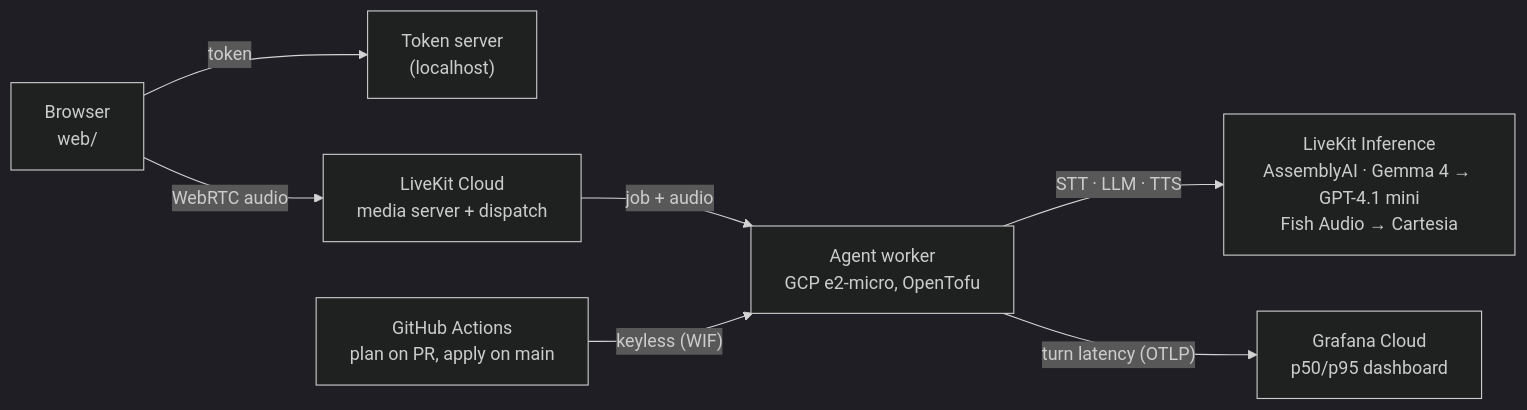
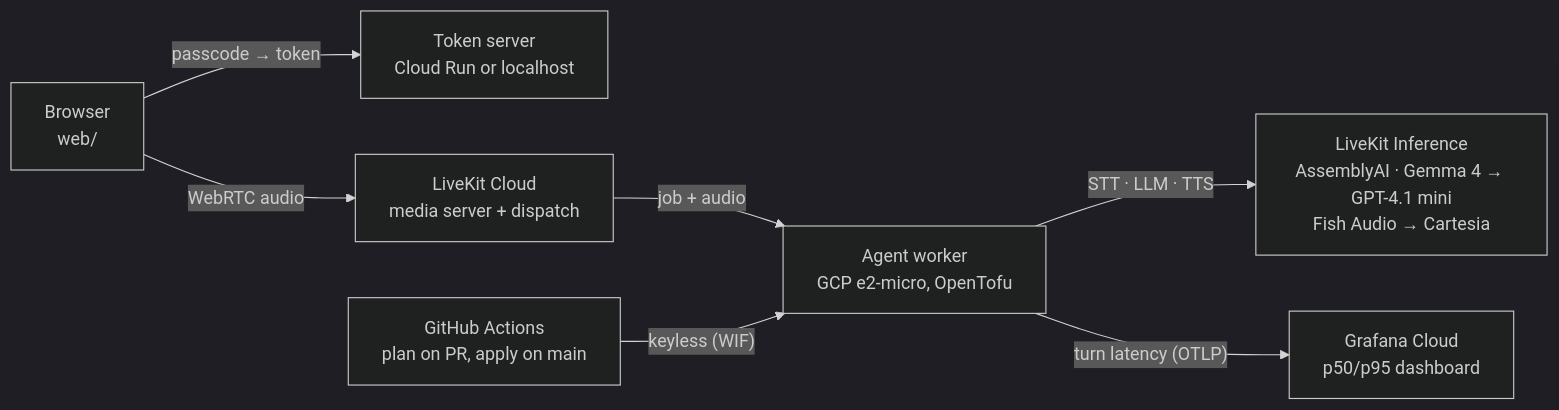
Before and after one commit to esakrissa/mini-kulu-real-time: the diagram in README.md, drawn with Mermaid (dark theme). The commit also changed other lines of this file and 16 other files, not shown here.

First line of the commit message:
Host the web client on Cloud Run behind a passcode, with per-IP rate limits

````diff
--- a/README.md
+++ b/README.md
@@ -8,9 +8,9 @@
 ```mermaid
 flowchart LR
-    browser["Browser<br/>web/"] -- "token" --> tokens["Token server<br/>(localhost)"]
+    browser["Browser<br/>web/"] -- "passcode → token" --> tokens["Token server<br/>Cloud Run or localhost"]
     browser -- "WebRTC audio" --> sfu["LiveKit Cloud<br/>media server + dispatch"]
     sfu -- "job + audio" --> vm["Agent worker<br/>GCP e2-micro, OpenTofu"]
     vm -- "STT · LLM · TTS" --> inf["LiveKit Inference<br/>AssemblyAI · Gemma 4 → GPT-4.1 mini<br/>Fish Audio → Cartesia"]
     vm -- "turn latency (OTLP)" --> graf["Grafana Cloud<br/>p50/p95 dashboard"]
     gh["GitHub Actions<br/>plan on PR, apply on main"] -- "keyless (WIF)" --> vm
 ```
````
